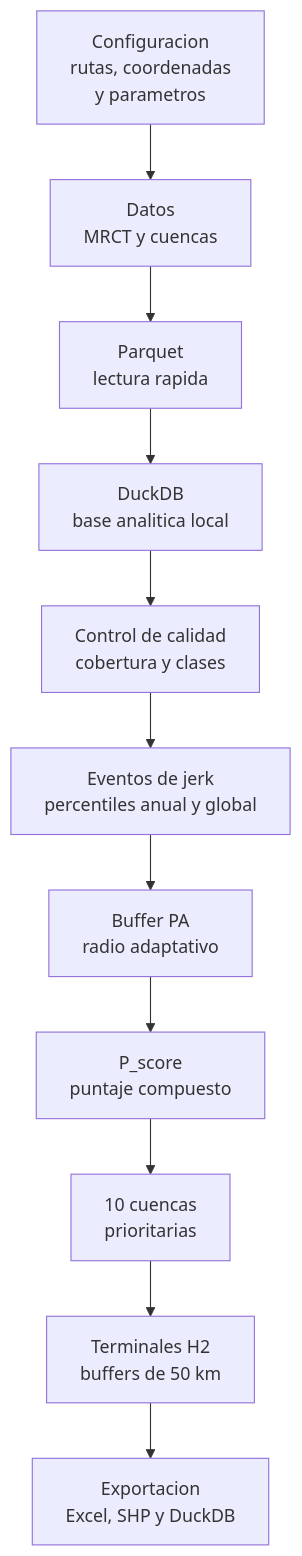
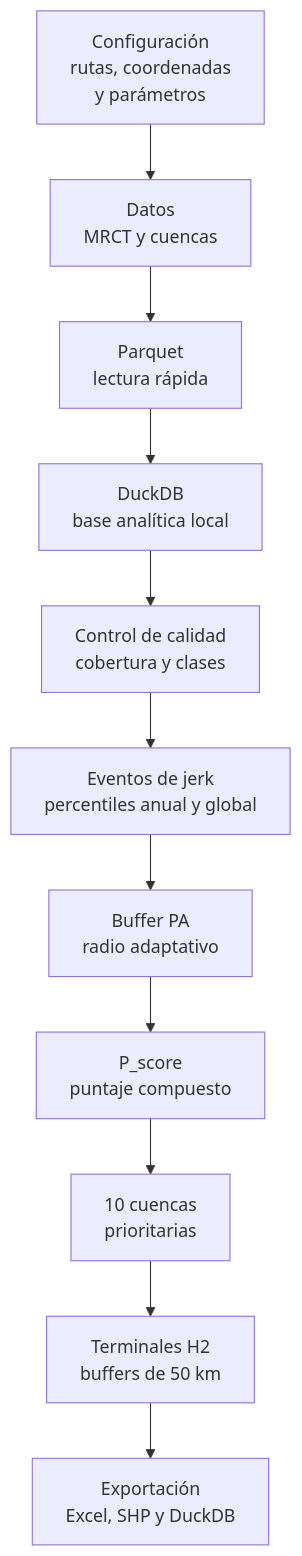
Before and after one commit to CIT-UAI/Book-MRCT: the second of 3 diagrams in jerk.qmd, drawn with Mermaid. The commit also changed other lines of this file and 2 other files, not shown here.

Commit message:
fix diagrams jerk

````diff
--- a/jerk.qmd
+++ b/jerk.qmd
@@ -78,15 +78,15 @@
 ```{mermaid}
 %%| label: fig-flujo-base-jerk
 %%| fig-cap: "Flujo lineal de construcción de la base analítica y productos de priorización."
 flowchart TB
-  config["Configuracion<br/>rutas, coordenadas  <br/>y parametros"] --> data["Datos<br/>MRCT y cuencas"]
-  data --> parquet["Parquet<br/>lectura rapida"]
-  parquet --> duck["DuckDB<br/>base analitica local"]
+  config["Configuración<br/>rutas, coordenadas  <br/>y parámetros"] --> data["Datos<br/>MRCT y cuencas"]
+  data --> parquet["Parquet<br/>lectura rápida"]
+  parquet --> duck["DuckDB<br/>base analítica local"]
   duck --> qc["Control de calidad<br/>cobertura y clases"]
   qc --> events["Eventos de jerk<br/>percentiles anual y global"]
   events --> buffer["Buffer PA<br/>radio adaptativo"]
   buffer --> score["P_score<br/>puntaje compuesto"]
   score --> top10["10 cuencas<br/>prioritarias"]
   top10 --> terminals["Terminales H2<br/>buffers de 50 km"]
-  terminals --> export["Exportacion<br/>Excel, SHP y DuckDB"]
+  terminals --> export["Exportación<br/>Excel, SHP y DuckDB"]
 ```
````
